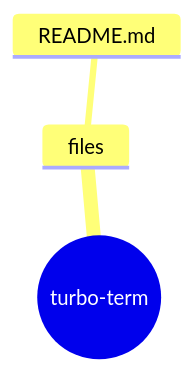
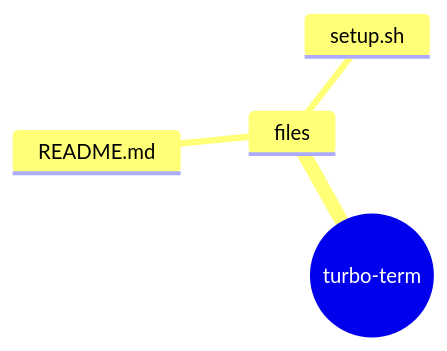
Before and after one commit to ml-lubich/turbo-term: the fourth of 5 diagrams in README.md, drawn with Mermaid.

Commit message:
docs(readme): include setup.sh in repository-map mindmap

````diff
--- a/README.md
+++ b/README.md
@@ -128,6 +128,7 @@
 ```mermaid
 mindmap
   root((turbo-term))
     files
       README.md
+      setup.sh
 ```
````
